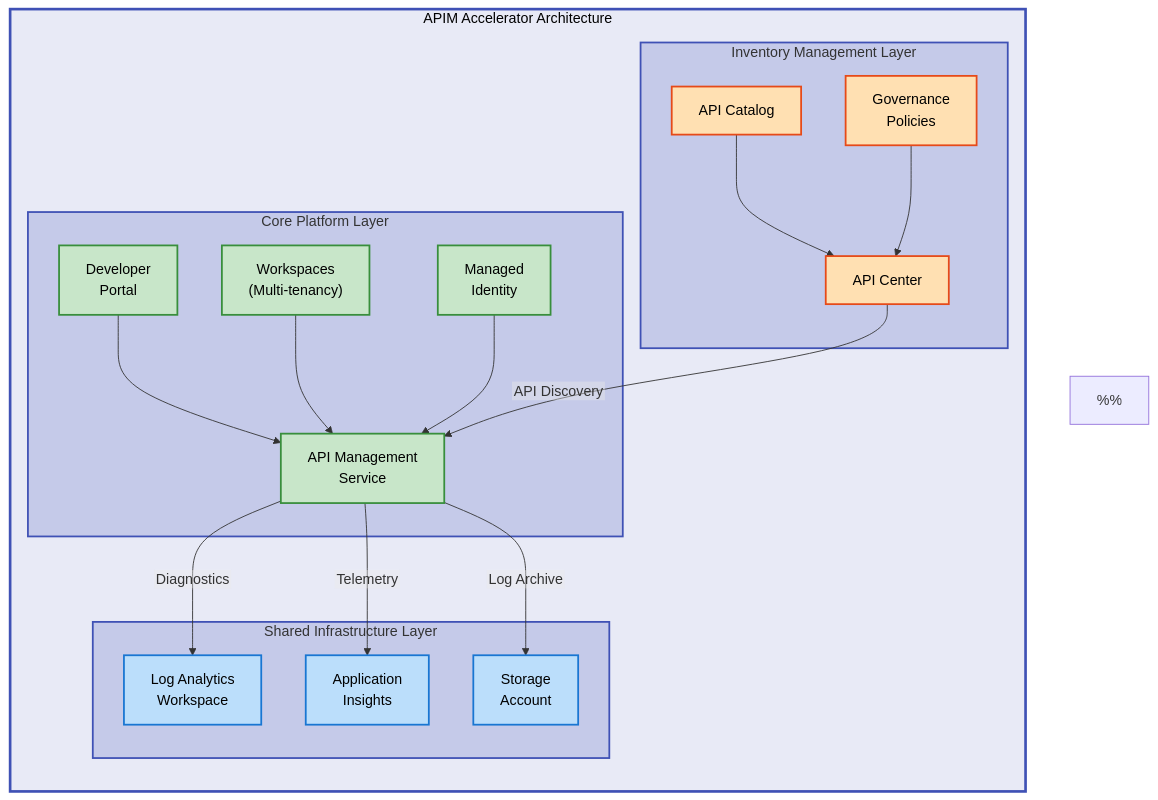
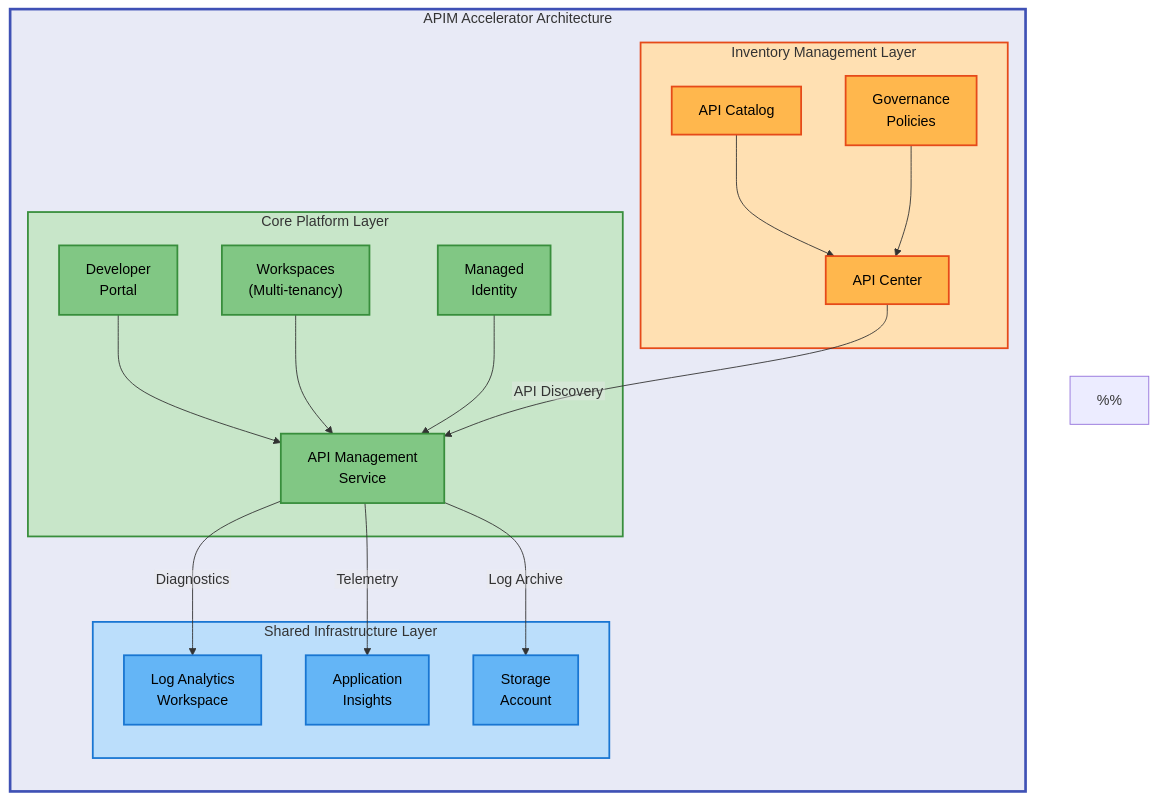
One commit to Evilazaro/APIM-Accelerator changed the diagram in README.md. Above: the diagram before and after it, drawn with Mermaid.

Commit message:
Enhance flowchart color scheme in README.md for improved contrast and visual distinction between layers

````diff
--- a/README.md
+++ b/README.md
@@ -169,81 +169,81 @@
 ```mermaid
 %%{init: {"flowchart": {"htmlLabels": false}} }%%
 flowchart TB
     %% ============================================
     %% STANDARD COLOR SCHEME - DO NOT MODIFY
     %% ============================================
     %% Main Group Level (Neutral background)
     classDef mainGroup fill:#E8EAF6,stroke:#3F51B5,stroke-width:3px,color:#000
 
     %% Sub Group Level
     classDef subGroup fill:#C5CAE9,stroke:#3F51B5,stroke-width:2px,color:#000
 
-    %% Content Level (Semantic colors - Material Design 100-200 shades for light, professional appearance)
-    classDef mdBlue fill:#BBDEFB,stroke:#1976D2,stroke-width:2px,color:#000
-    classDef mdGreen fill:#C8E6C9,stroke:#388E3C,stroke-width:2px,color:#000
-    classDef mdRed fill:#FFCDD2,stroke:#D32F2F,stroke-width:2px,color:#000
-    classDef mdYellow fill:#FFF9C4,stroke:#F57F17,stroke-width:2px,color:#000
-    classDef mdOrange fill:#FFE0B2,stroke:#E64A19,stroke-width:2px,color:#000
-    classDef mdPurple fill:#E1BEE7,stroke:#7B1FA2,stroke-width:2px,color:#000
-    classDef mdTeal fill:#B2DFDB,stroke:#00796B,stroke-width:2px,color:#000
-    classDef mdGrey fill:#F5F5F5,stroke:#616161,stroke-width:2px,color:#000
+    %% Content Level (Semantic colors - darker for contrast against light subgraph backgrounds)
+    classDef mdBlue fill:#64B5F6,stroke:#1976D2,stroke-width:2px,color:#000
+    classDef mdGreen fill:#81C784,stroke:#388E3C,stroke-width:2px,color:#000
+    classDef mdRed fill:#E57373,stroke:#D32F2F,stroke-width:2px,color:#000
+    classDef mdYellow fill:#FFF176,stroke:#F57F17,stroke-width:2px,color:#000
+    classDef mdOrange fill:#FFB74D,stroke:#E64A19,stroke-width:2px,color:#000
+    classDef mdPurple fill:#BA68C8,stroke:#7B1FA2,stroke-width:2px,color:#000
+    classDef mdTeal fill:#4DB6AC,stroke:#00796B,stroke-width:2px,color:#000
+    classDef mdGrey fill:#E0E0E0,stroke:#616161,stroke-width:2px,color:#000
     %% ============================================
     %% COLOR SCHEME DOCUMENTATION
     %% ============================================
     %% Level 1 (Main Groups): Indigo 50 (#E8EAF6)
     %%   - Used for: Top-level architecture container
     %%   - Purpose: Visual hierarchy and separation
     %%   - Stroke: Indigo 500 (#3F51B5), 3px
     %%
     %% Level 2 (Sub Groups): Indigo 100 (#C5CAE9)
     %%   - Used for: Layer groupings (shared, core, inventory)
     %%   - Stroke: Indigo 500 (#3F51B5), 2px
     %%
     %% Level 3 (Content): Material Design semantic colors (100-200 shades)
     %%   - Blue (#BBDEFB): Shared infrastructure components
     %%   - Green (#C8E6C9): Core platform services
     %%   - Orange (#FFE0B2): Inventory management components
     %% ============================================
 
     subgraph system["APIM Accelerator Architecture"]
         direction TB
 
         subgraph shared["Shared Infrastructure Layer"]
             logs["Log Analytics<br/>Workspace"]:::mdBlue
             insights["Application<br/>Insights"]:::mdBlue
             storage["Storage<br/>Account"]:::mdBlue
         end
 
         subgraph core["Core Platform Layer"]
             apim["API Management<br/>Service"]:::mdGreen
             identity["Managed<br/>Identity"]:::mdGreen
             portal["Developer<br/>Portal"]:::mdGreen
             workspace["Workspaces<br/>(Multi-tenancy)"]:::mdGreen
         end
 
         subgraph inventory["Inventory Management Layer"]
             apicenter["API Center"]:::mdOrange
             catalog["API Catalog"]:::mdOrange
             governance["Governance<br/>Policies"]:::mdOrange
         end
 
         apim -->|"Diagnostics"| logs
         apim -->|"Telemetry"| insights
         apim -->|"Log Archive"| storage
         portal --> apim
         workspace --> apim
         identity --> apim
         apicenter -->|"API Discovery"| apim
         catalog --> apicenter
         governance --> apicenter
     end
 
-    %% Apply styling - main group and subgroups
+    %% Apply styling - main group and subgroups with DISTINCT colors per layer
     class system mainGroup
-    class shared,core,inventory subGroup
 
-    %% Apply inline styling to ensure nested subgraphs render with visible backgrounds
-    style shared fill:#C5CAE9,stroke:#3F51B5,stroke-width:2px
-    style core fill:#C5CAE9,stroke:#3F51B5,stroke-width:2px
-    style inventory fill:#C5CAE9,stroke:#3F51B5,stroke-width:2px
+    %% Apply different background colors to each layer for clear visual distinction
+    style system fill:#E8EAF6,stroke:#3F51B5,stroke-width:3px
+    style shared fill:#BBDEFB,stroke:#1976D2,stroke-width:2px
+    style core fill:#C8E6C9,stroke:#388E3C,stroke-width:2px
+    style inventory fill:#FFE0B2,stroke:#E64A19,stroke-width:2px
 ```
````
